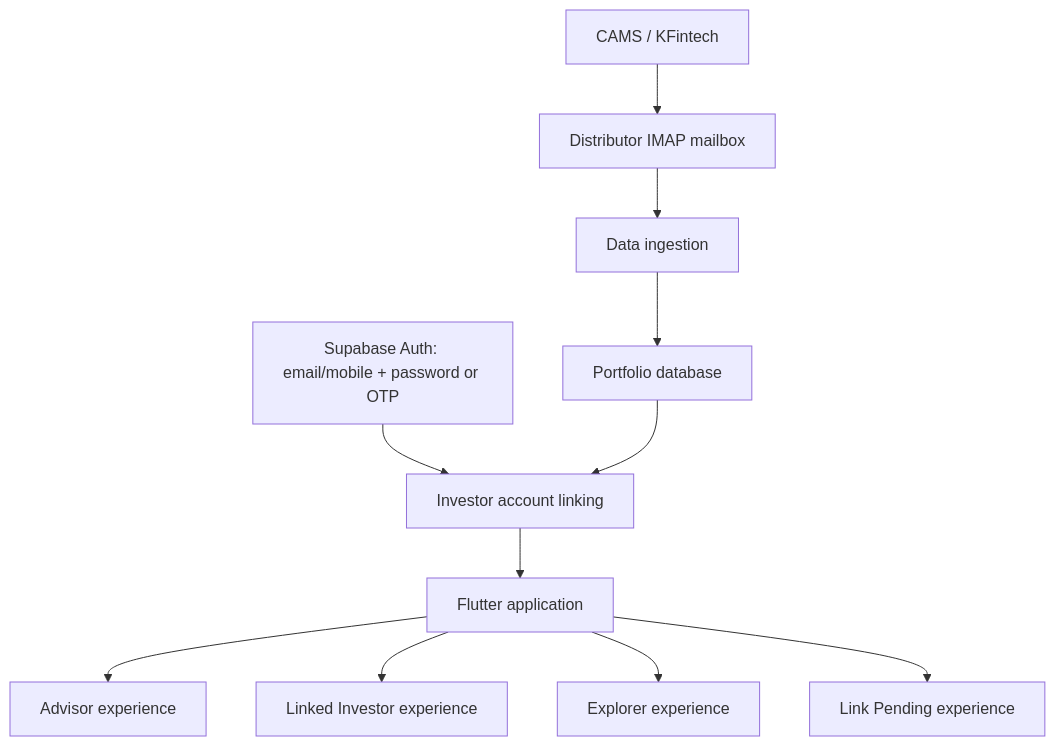
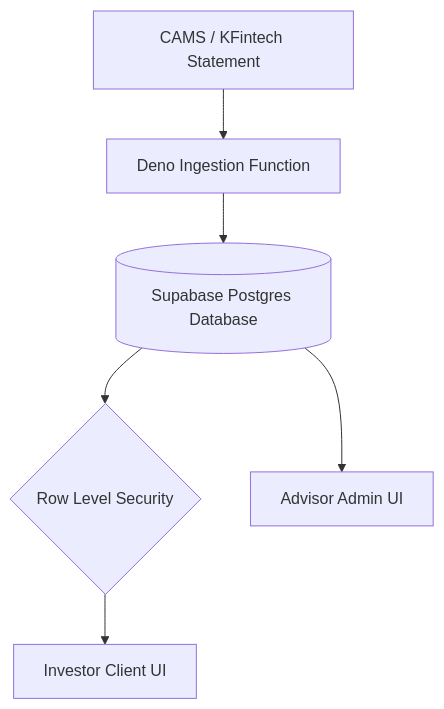
Before and after one commit to sharanravi954mf/Mutual_Fund_Portfolio_App: the diagram in docs/architecture.md, drawn with Mermaid. The commit also changed other lines of this file and 3 other files, not shown here.

````diff
--- a/docs/architecture.md
+++ b/docs/architecture.md
@@ -22,13 +11,8 @@
 ```mermaid
 flowchart TB
-  Registrar["CAMS / KFintech"] --> Imap["Distributor IMAP mailbox"]
-  Imap --> Ingestion["Data ingestion"]
-  Ingestion --> PortfolioDb["Portfolio database"]
-  Auth["Supabase Auth: email/mobile + password or OTP"] --> Link["Investor account linking"]
-  PortfolioDb --> Link
-  Link --> App["Flutter application"]
-  App --> Advisor["Advisor experience"]
-  App --> Investor["Linked Investor experience"]
-  App --> Explorer["Explorer experience"]
-  App --> Pending["Link Pending experience"]
+  Registrar["CAMS / KFintech Statement"] --> Ingestion["Deno Ingestion Function"]
+  Ingestion --> db[(Supabase Postgres Database)]
+  db --> RLS{Row Level Security}
+  RLS --> client["Investor Client UI"]
+  db --> advisor["Advisor Admin UI"]
 ```
````
